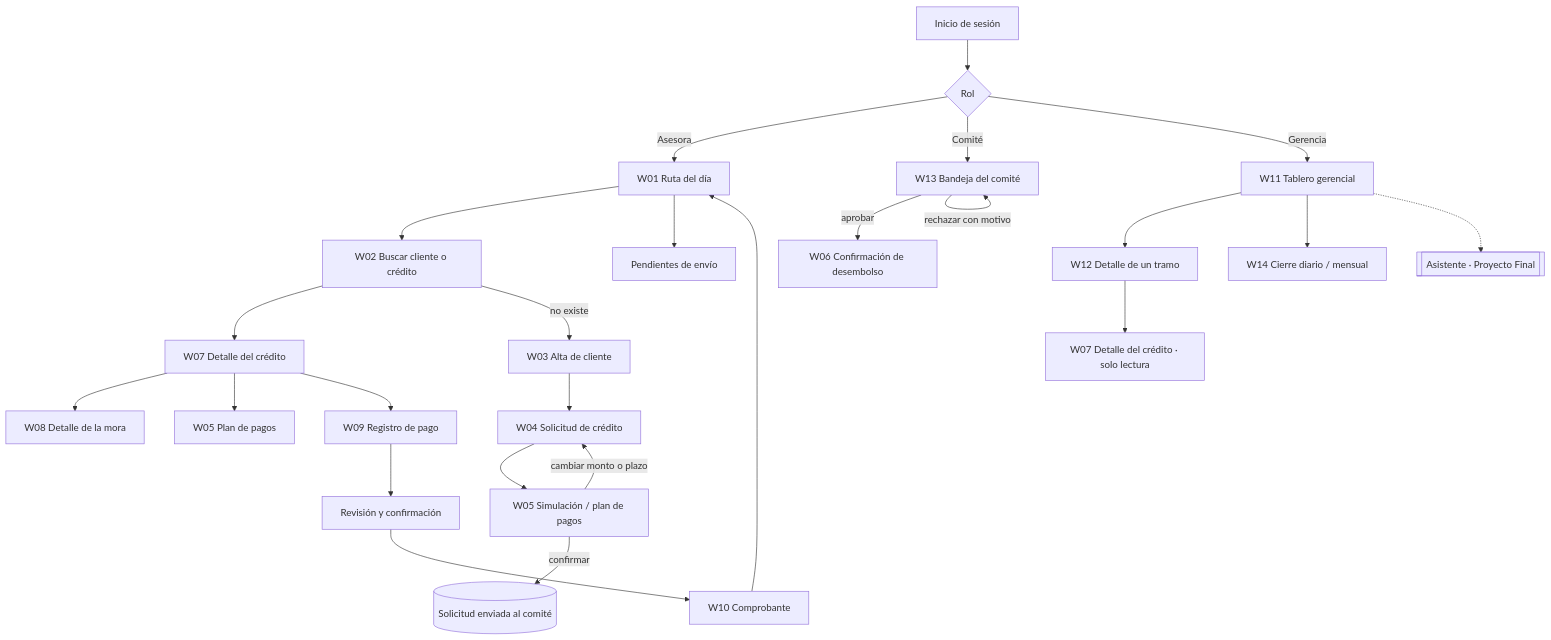
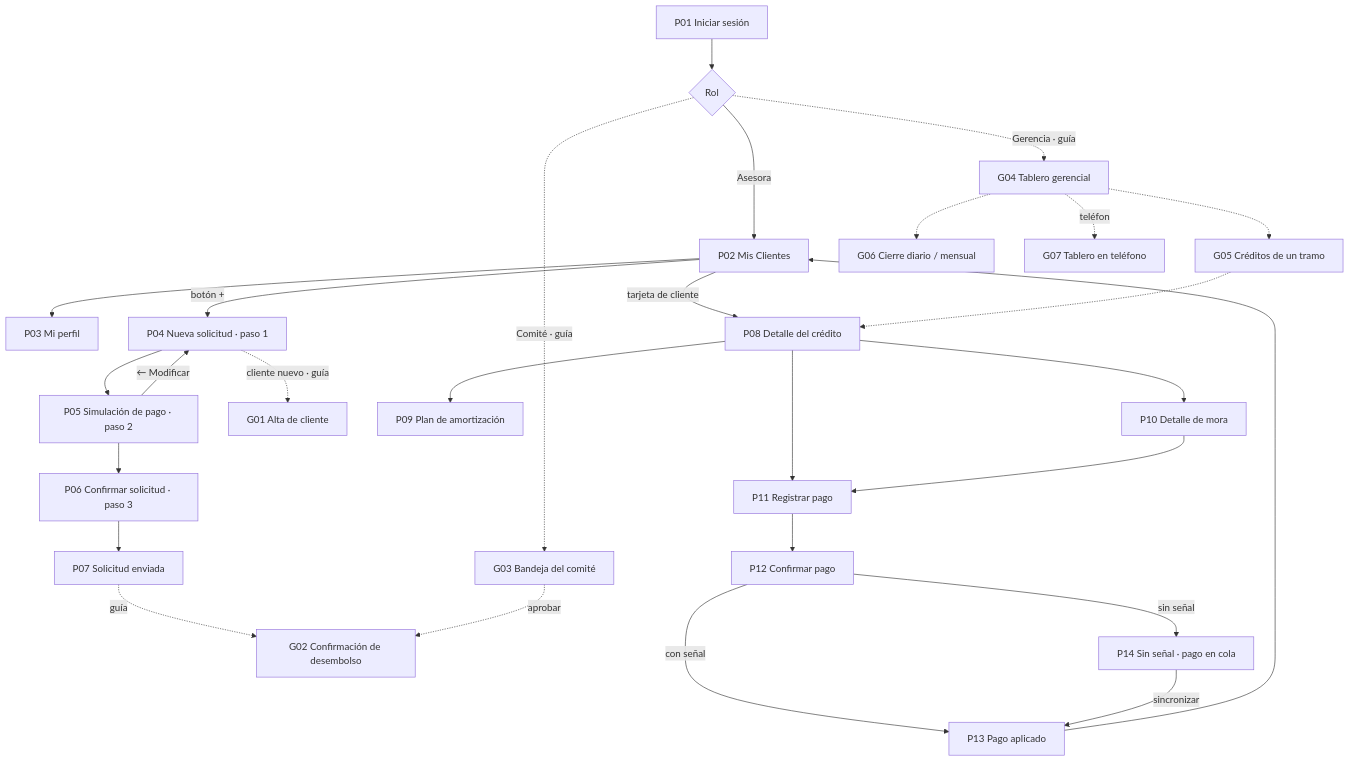
The second of 3 diagrams in docs/proyecto2/P2-documento-entrega.md (ItsRomero/Proyecto1_Analisis), drawn with Mermaid before and after one commit. The commit also changed other lines of this file and 89 other files, not shown here.

````diff
--- a/docs/proyecto2/P2-documento-entrega.md
+++ b/docs/proyecto2/P2-documento-entrega.md
@@ -240,30 +249,33 @@
 ```mermaid
 flowchart TB
-  L[Inicio de sesión] --> R{Rol}
+  P01[P01 Iniciar sesión] --> R{Rol}
 
-  R -->|Asesora| W01[W01 Ruta del día]
-  W01 --> W02[W02 Buscar cliente o crédito]
-  W01 --> PEND[Pendientes de envío]
-  W02 --> W07[W07 Detalle del crédito]
-  W02 -->|no existe| W03[W03 Alta de cliente]
-  W03 --> W04[W04 Solicitud de crédito]
-  W04 --> W05[W05 Simulación / plan de pagos]
-  W05 -->|cambiar monto o plazo| W04
-  W05 -->|confirmar| COLA[(Solicitud enviada al comité)]
-  W07 --> W08[W08 Detalle de la mora]
-  W07 --> W05b[W05 Plan de pagos]
-  W07 --> W09[W09 Registro de pago]
-  W09 --> REV[Revisión y confirmación]
-  REV --> W10[W10 Comprobante]
-  W10 --> W01
+  R -->|Asesora| P02[P02 Mis Clientes]
+  P02 --> P03[P03 Mi perfil]
+  P02 -->|tarjeta de cliente| P08[P08 Detalle del crédito]
+  P02 -->|botón +| P04[P04 Nueva solicitud · paso 1]
+  P04 --> P05[P05 Simulación de pago · paso 2]
+  P05 -->|← Modificar| P04
+  P05 --> P06[P06 Confirmar solicitud · paso 3]
+  P06 --> P07[P07 Solicitud enviada]
+  P07 -.guía.-> G02[G02 Confirmación de desembolso]
+  P04 -.cliente nuevo · guía.-> G01[G01 Alta de cliente]
+  P08 --> P09[P09 Plan de amortización]
+  P08 --> P10[P10 Detalle de mora]
+  P08 --> P11[P11 Registrar pago]
+  P10 --> P11
+  P11 --> P12[P12 Confirmar pago]
+  P12 -->|con señal| P13[P13 Pago aplicado]
+  P12 -->|sin señal| P14[P14 Sin señal · pago en cola]
+  P14 -->|sincronizar| P13
+  P13 --> P02
 
-  R -->|Comité| W13[W13 Bandeja del comité]
-  W13 -->|aprobar| W06[W06 Confirmación de desembolso]
-  W13 -->|rechazar con motivo| W13
+  R -.->|Comité · guía| G03[G03 Bandeja del comité]
+  G03 -.aprobar.-> G02
 
-  R -->|Gerencia| W11[W11 Tablero gerencial]
-  W11 --> W12[W12 Detalle de un tramo]
-  W12 --> W07g[W07 Detalle del crédito · solo lectura]
-  W11 --> W14[W14 Cierre diario / mensual]
-  W11 -.-> CHAT[[Asistente · Proyecto Final]]
+  R -.->|Gerencia · guía| G04[G04 Tablero gerencial]
+  G04 -.-> G05[G05 Créditos de un tramo]
+  G05 -.-> P08
+  G04 -.-> G06[G06 Cierre diario / mensual]
+  G04 -.teléfono.-> G07[G07 Tablero en teléfono]
 ```
````
